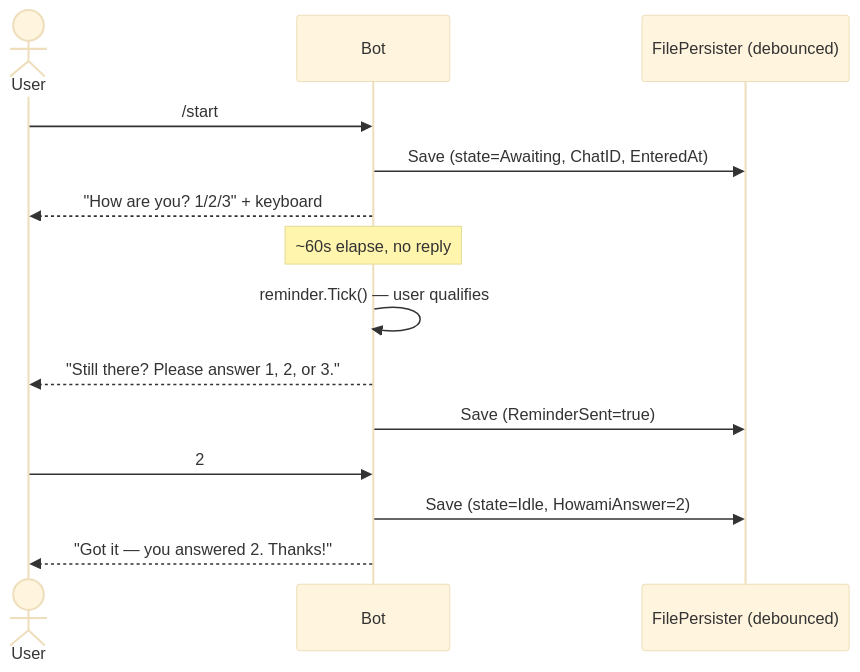
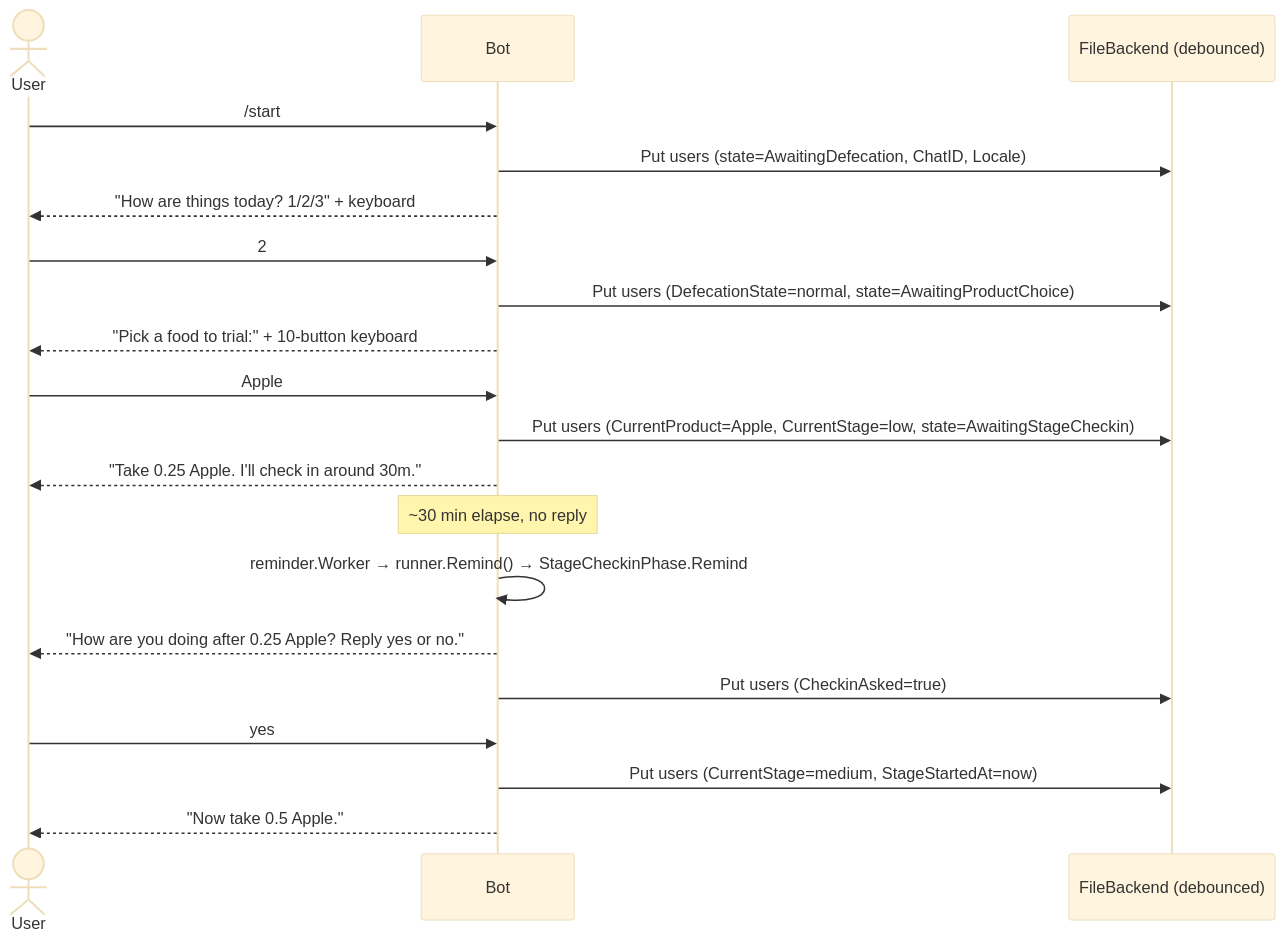
Before and after one commit to padington/tgbase: the second of 2 diagrams in README.md, drawn with Mermaid (base theme). The commit also changed other lines of this file and 1 other file, not shown here.

First line of the commit message:
docs: rewrite README + CLAUDE.md for the journey architecture

````diff
--- a/README.md
+++ b/README.md
@@ -35,20 +53,28 @@
 ```mermaid
 sequenceDiagram
     actor User
     participant Bot
-    participant Persister as FilePersister (debounced)
+    participant Backend as FileBackend (debounced)
 
     User->>Bot: /start
-    Bot->>Persister: Save (state=Awaiting, ChatID, EnteredAt)
-    Bot-->>User: "How are you? 1/2/3" + keyboard
-
-    Note over Bot: ~60s elapse, no reply
-
-    Bot->>Bot: reminder.Tick() — user qualifies
-    Bot-->>User: "Still there? Please answer 1, 2, or 3."
-    Bot->>Persister: Save (ReminderSent=true)
+    Bot->>Backend: Put users (state=AwaitingDefecation, ChatID, Locale)
+    Bot-->>User: "How are things today? 1/2/3" + keyboard
 
     User->>Bot: 2
-    Bot->>Persister: Save (state=Idle, HowamiAnswer=2)
-    Bot-->>User: "Got it — you answered 2. Thanks!"
+    Bot->>Backend: Put users (DefecationState=normal, state=AwaitingProductChoice)
+    Bot-->>User: "Pick a food to trial:" + 10-button keyboard
+
+    User->>Bot: Apple
+    Bot->>Backend: Put users (CurrentProduct=Apple, CurrentStage=low, state=AwaitingStageCheckin)
+    Bot-->>User: "Take 0.25 Apple. I'll check in around 30m."
+
+    Note over Bot: ~30 min elapse, no reply
+
+    Bot->>Bot: reminder.Worker → runner.Remind() → StageCheckinPhase.Remind
+    Bot-->>User: "How are you doing after 0.25 Apple? Reply yes or no."
+    Bot->>Backend: Put users (CheckinAsked=true)
+
+    User->>Bot: yes
+    Bot->>Backend: Put users (CurrentStage=medium, StageStartedAt=now)
+    Bot-->>User: "Now take 0.5 Apple."
 ```
````
